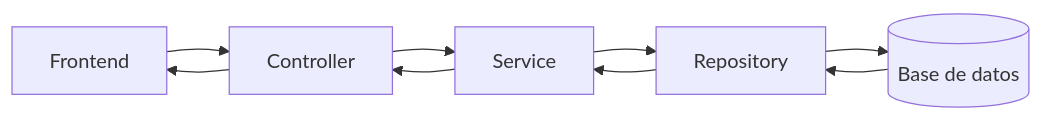
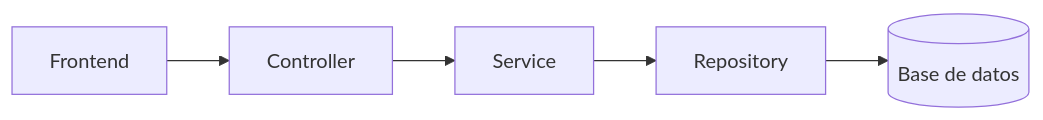
The second of 4 diagrams in README.md (kevishowardgonzalez/ferreteria-backend), drawn with Mermaid before and after one commit. The commit also changed other lines of this file, not shown here.

````diff
--- a/README.md
+++ b/README.md
@@ -282,11 +255,7 @@
 ```mermaid
 flowchart LR
     F[Frontend] --> C[Controller]
     C --> S[Service]
     S --> R[Repository]
     R --> D[(Base de datos)]
-    D --> R
-    R --> S
-    S --> C
-    C --> F
 ```
````
